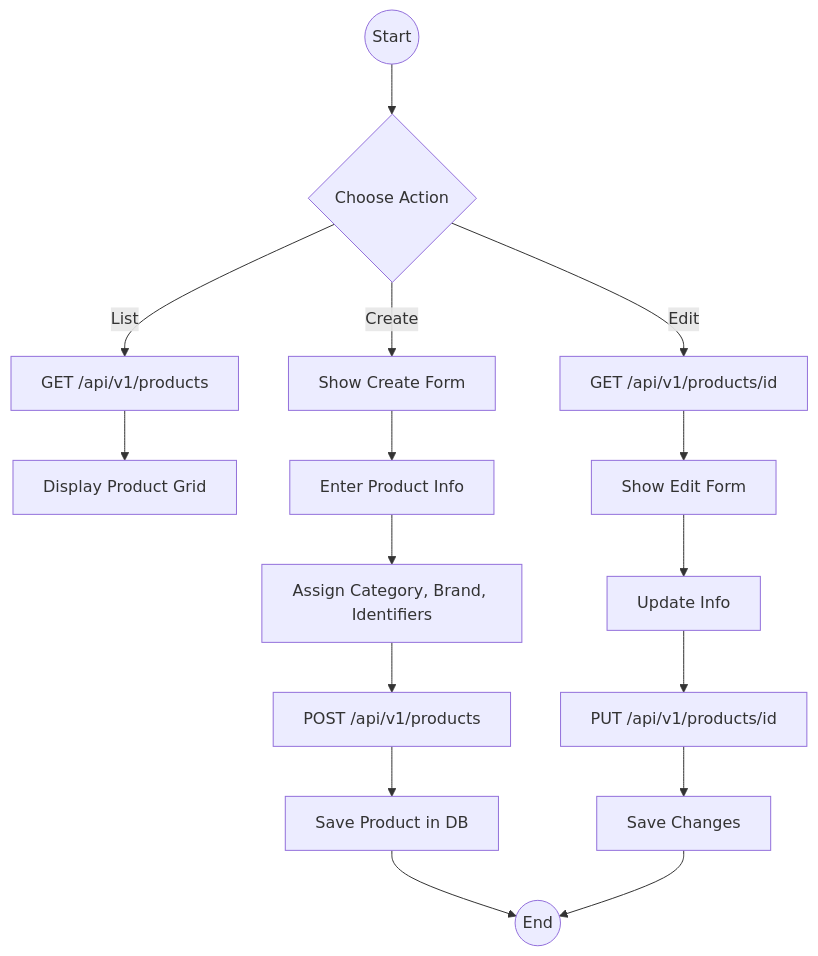
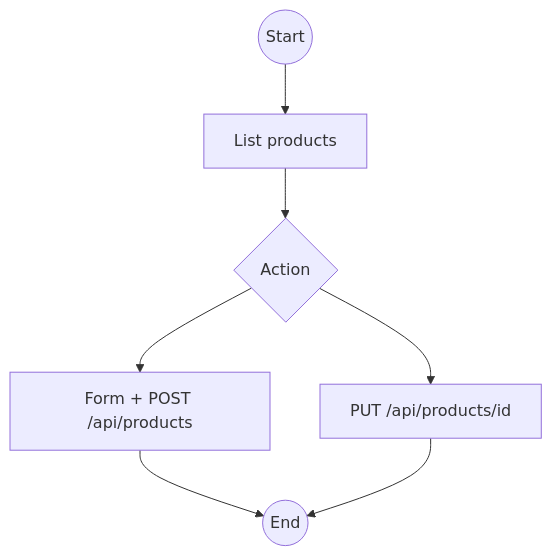
One commit to kirtika-0102/StockSmart changed the third of 11 diagrams in docs/application-flow.md. Above: the diagram before and after it, drawn with Mermaid. The commit also changed other lines of this file and 74 other files, not shown here.

Commit message:
architecture of application

````diff
--- a/docs/application-flow.md
+++ b/docs/application-flow.md
@@ -88,18 +29,9 @@
 ```mermaid
 flowchart TD
-    Start((Start)) --> Action{Choose Action}
-    Action -- List --> FetchProducts[GET /api/v1/products]
-    FetchProducts --> DisplayList[Display Product Grid]
-    Action -- Create --> ShowCreate[Show Create Form]
-    ShowCreate --> EnterDetails[Enter Product Info]
-    EnterDetails --> AssignMeta[Assign Category, Brand, Identifiers]
-    AssignMeta --> SubmitCreate[POST /api/v1/products]
-    SubmitCreate --> SaveProduct[Save Product in DB]
-    SaveProduct --> End((End))
-    Action -- Edit --> FetchProduct[GET /api/v1/products/id]
-    FetchProduct --> ShowEdit[Show Edit Form]
-    ShowEdit --> UpdateDetails[Update Info]
-    UpdateDetails --> SubmitUpdate[PUT /api/v1/products/id]
-    SubmitUpdate --> SaveChanges[Save Changes]
-    SaveChanges --> End
+    Start((Start)) --> List[List products]
+    List --> CRUD{Action}
+    CRUD --> Create[Form + POST /api/products]
+    CRUD --> Edit[PUT /api/products/id]
+    Create --> End((End))
+    Edit --> End
 ```
````
